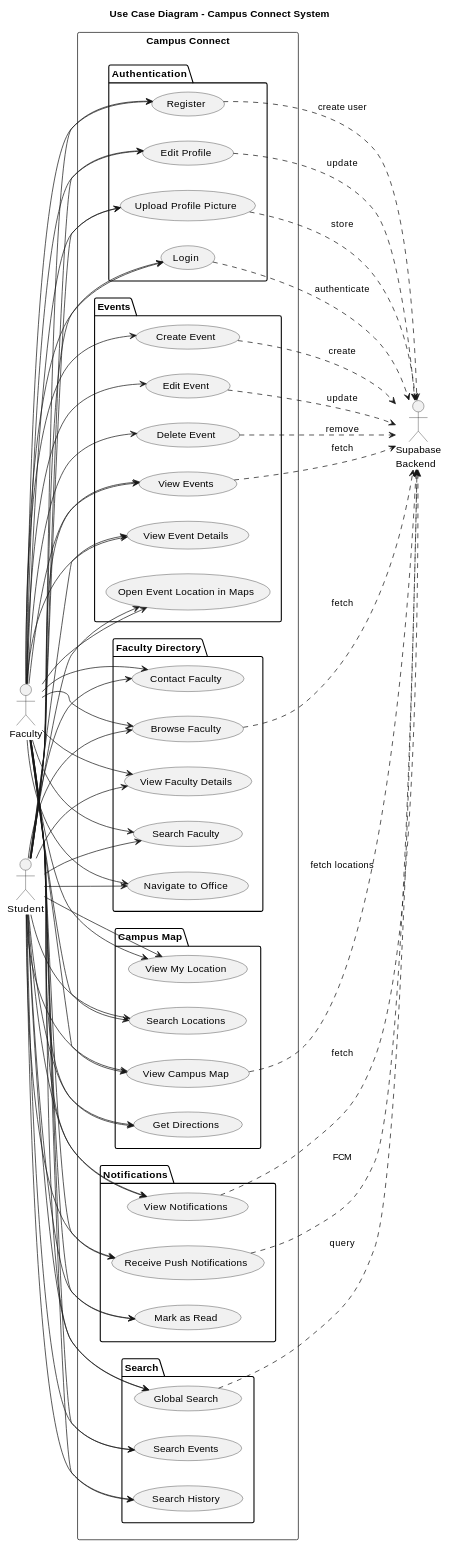
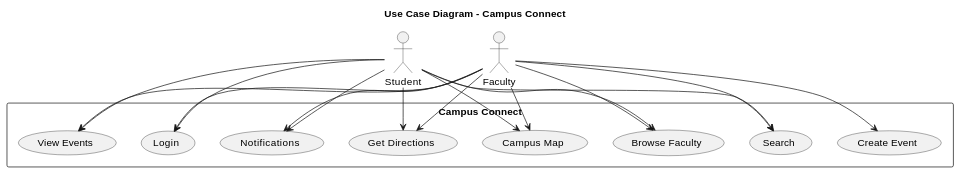
Before and after one commit to umeshwayakole27/campus_connect_fl: the second of 7 diagrams in uml-diagrams.md, drawn with PlantUML. The commit also changed other lines of this file and 2 other files, not shown here.

First line of the commit message:
fix: Optimize profile picture upload and fix crop screen overlay

````diff
--- a/uml-diagrams.md
+++ b/uml-diagrams.md
@@ -249,129 +99,37 @@
 ```plantuml
 @startuml
-title Use Case Diagram - Campus Connect System
-left to right direction
+title Use Case Diagram - Campus Connect
 
 actor Student
 actor Faculty
-actor "Supabase\nBackend" as Backend
 
 rectangle "Campus Connect" {
-  
-  ' Authentication
-  package "Authentication" {
-    (Login) as login
-    (Register) as register
-    (Edit Profile) as editProfile
-    (Upload Profile Picture) as uploadPic
-  }
-  
-  ' Events
-  package "Events" {
-    (View Events) as viewEvents
-    (View Event Details) as eventDetails
-    (Create Event) as createEvent
-    (Edit Event) as editEvent
-    (Delete Event) as deleteEvent
-    (Open Event Location in Maps) as eventMaps
-  }
-  
-  ' Faculty
-  package "Faculty Directory" {
-    (Browse Faculty) as browseFaculty
-    (View Faculty Details) as facultyDetails
-    (Search Faculty) as searchFaculty
-    (Navigate to Office) as navigateOffice
-    (Contact Faculty) as contactFaculty
-  }
-  
-  ' Map
-  package "Campus Map" {
-    (View Campus Map) as viewMap
-    (Get Directions) as getDirections
-    (View My Location) as myLocation
-    (Search Locations) as searchLocations
-  }
-  
-  ' Notifications
-  package "Notifications" {
-    (View Notifications) as viewNotifications
-    (Receive Push Notifications) as pushNotif
-    (Mark as Read) as markRead
-  }
-  
-  ' Search
-  package "Search" {
-    (Global Search) as globalSearch
-    (Search Events) as searchEvents
-    (Search History) as searchHistory
-  }
+  (Login) as login
+  (View Events) as viewEvents
+  (Create Event) as createEvent
+  (Browse Faculty) as browseFaculty
+  (Campus Map) as map
+  (Get Directions) as directions
+  (Notifications) as notif
+  (Search) as search
 }
 
-' Student use cases
 Student --> login
-Student --> register
-Student --> editProfile
-Student --> uploadPic
 Student --> viewEvents
-Student --> eventDetails
-Student --> eventMaps
 Student --> browseFaculty
-Student --> facultyDetails
-Student --> searchFaculty
-Student --> navigateOffice
-Student --> contactFaculty
-Student --> viewMap
-Student --> getDirections
-Student --> myLocation
-Student --> searchLocations
-Student --> viewNotifications
-Student --> pushNotif
-Student --> markRead
-Student --> globalSearch
-Student --> searchEvents
-Student --> searchHistory
+Student --> map
+Student --> directions
+Student --> notif
+Student --> search
 
-' Faculty use cases (includes all Student capabilities)
 Faculty --> login
-Faculty --> register
-Faculty --> editProfile
-Faculty --> uploadPic
 Faculty --> viewEvents
-Faculty --> eventDetails
 Faculty --> createEvent
-Faculty --> editEvent
-Faculty --> deleteEvent
-Faculty --> eventMaps
 Faculty --> browseFaculty
-Faculty --> facultyDetails
-Faculty --> searchFaculty
-Faculty --> navigateOffice
-Faculty --> contactFaculty
-Faculty --> viewMap
-Faculty --> getDirections
-Faculty --> myLocation
-Faculty --> searchLocations
-Faculty --> viewNotifications
-Faculty --> pushNotif
-Faculty --> markRead
-Faculty --> globalSearch
-Faculty --> searchEvents
-Faculty --> searchHistory
-
-' Backend interactions
-login ..> Backend : authenticate
-register ..> Backend : create user
-editProfile ..> Backend : update
-uploadPic ..> Backend : store
-viewEvents ..> Backend : fetch
-createEvent ..> Backend : create
-editEvent ..> Backend : update
-deleteEvent ..> Backend : remove
-browseFaculty ..> Backend : fetch
-viewMap ..> Backend : fetch locations
-viewNotifications ..> Backend : fetch
-pushNotif ..> Backend : FCM
-globalSearch ..> Backend : query
+Faculty --> map
+Faculty --> directions
+Faculty --> notif
+Faculty --> search
 
 @enduml
 ```
````
